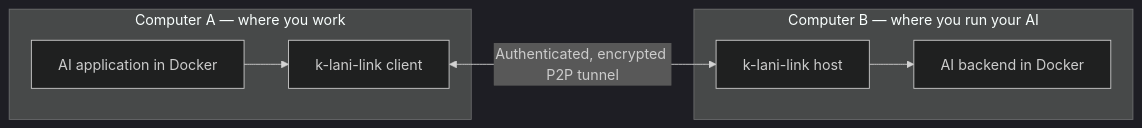
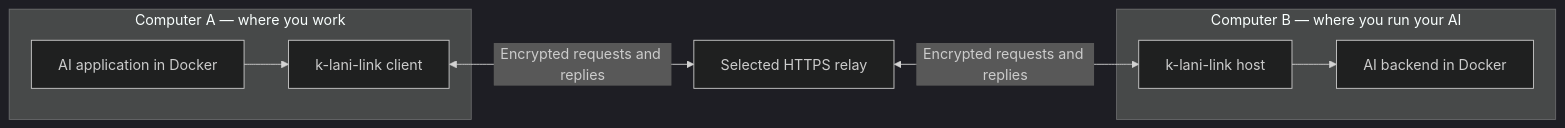
Before and after one commit to MarvKalani/k-lani-link: the diagram in README.md, drawn with Mermaid (dark theme). The commit also changed other lines of this file and 9 other files, not shown here.

Commit message:
Clarify encrypted relay flow and current product presentation

````diff
--- a/README.md
+++ b/README.md
@@ -61,10 +61,11 @@
 ```mermaid
 flowchart LR
     subgraph A[Computer A — where you work]
         APP[AI application in Docker] --> CLIENT[k-lani-link client]
     end
     subgraph B[Computer B — where you run your AI]
         HOST[k-lani-link host] --> AI[AI backend in Docker]
     end
-    CLIENT <-->|Authenticated, encrypted P2P tunnel| HOST
+    CLIENT <-->|Encrypted requests and replies| RELAY[Selected HTTPS relay]
+    RELAY <-->|Encrypted requests and replies| HOST
 ```
````
